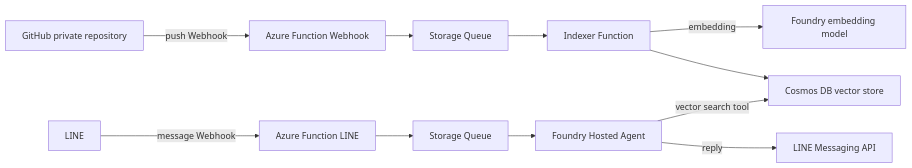
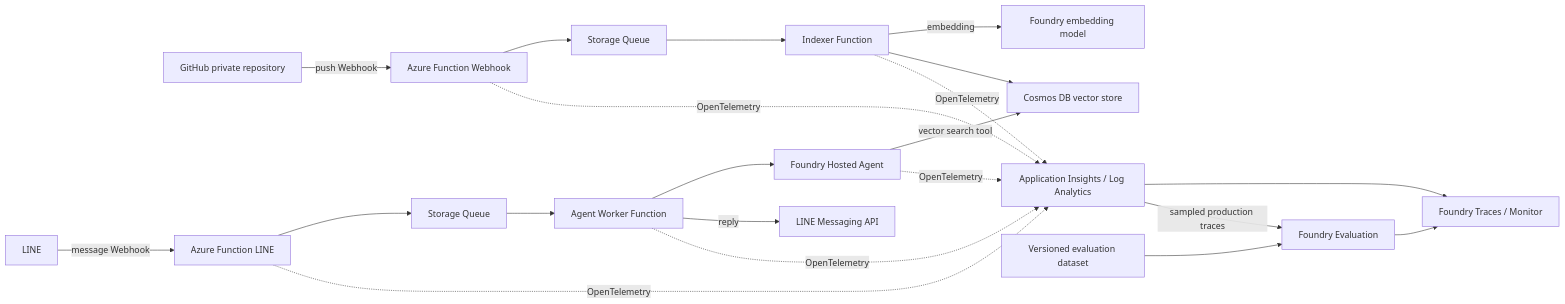
Before and after one commit to Tomodo1773/tech-knowledge-agent: the diagram in README.md, drawn with Mermaid. The commit also changed other lines of this file and 7 other files, not shown here.

````diff
--- a/README.md
+++ b/README.md
@@ -22,13 +22,24 @@
 ```mermaid
 flowchart LR
   GH[GitHub private repository] -->|push Webhook| WH[Azure Function Webhook]
   WH --> Q[Storage Queue]
   Q --> ING[Indexer Function]
   ING -->|embedding| EMB[Foundry embedding model]
   ING --> COS[Cosmos DB vector store]
   LINE[LINE] -->|message Webhook| LW[Azure Function LINE]
   LW --> LQ[Storage Queue]
-  LQ --> AG[Foundry Hosted Agent]
+  LQ --> AW[Agent Worker Function]
+  AW --> AG[Foundry Hosted Agent]
   AG -->|vector search tool| COS
-  AG -->|reply| LM[LINE Messaging API]
+  AW -->|reply| LM[LINE Messaging API]
+
+  WH -. OpenTelemetry .-> AI[Application Insights / Log Analytics]
+  ING -. OpenTelemetry .-> AI
+  LW -. OpenTelemetry .-> AI
+  AW -. OpenTelemetry .-> AI
+  AG -. OpenTelemetry .-> AI
+  AI --> MON[Foundry Traces / Monitor]
+  AI -->|sampled production traces| EVAL[Foundry Evaluation]
+  DS[Versioned evaluation dataset] --> EVAL
+  EVAL --> MON
 ```
````
